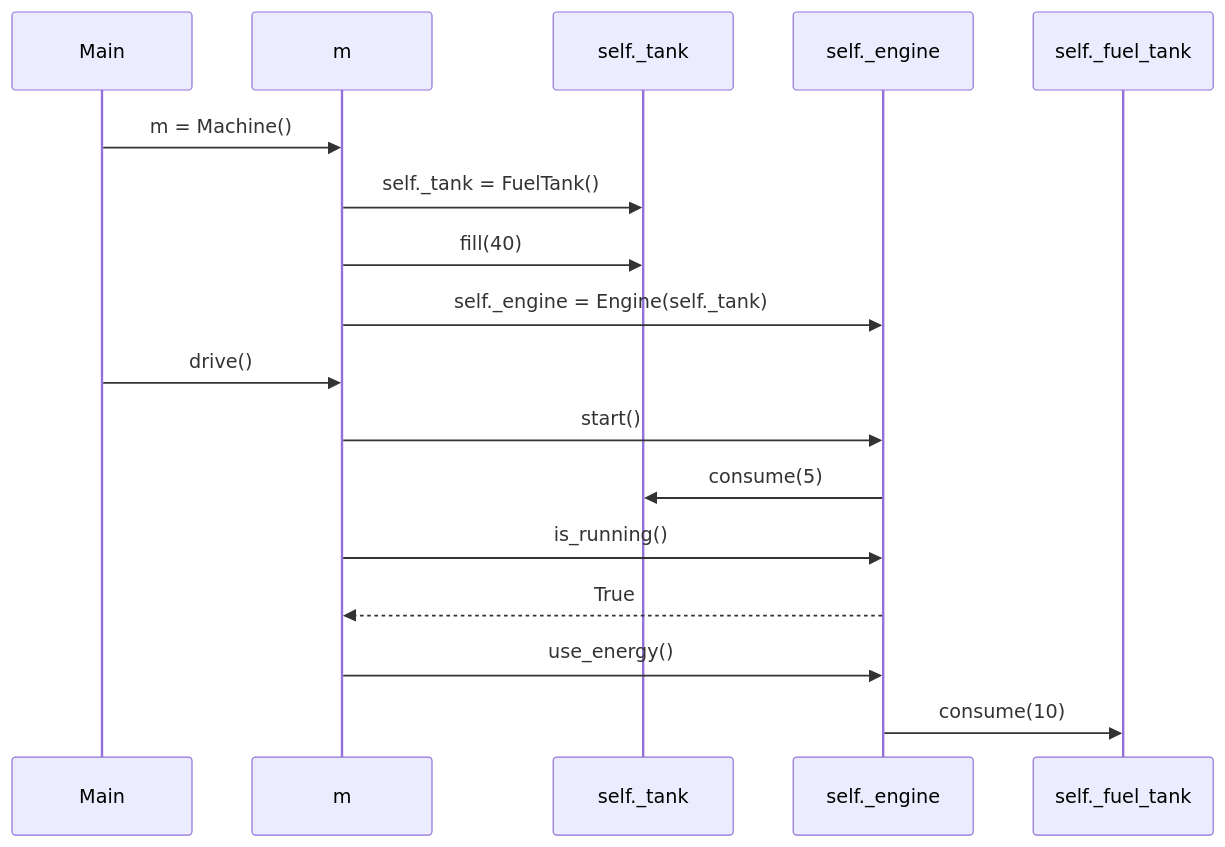
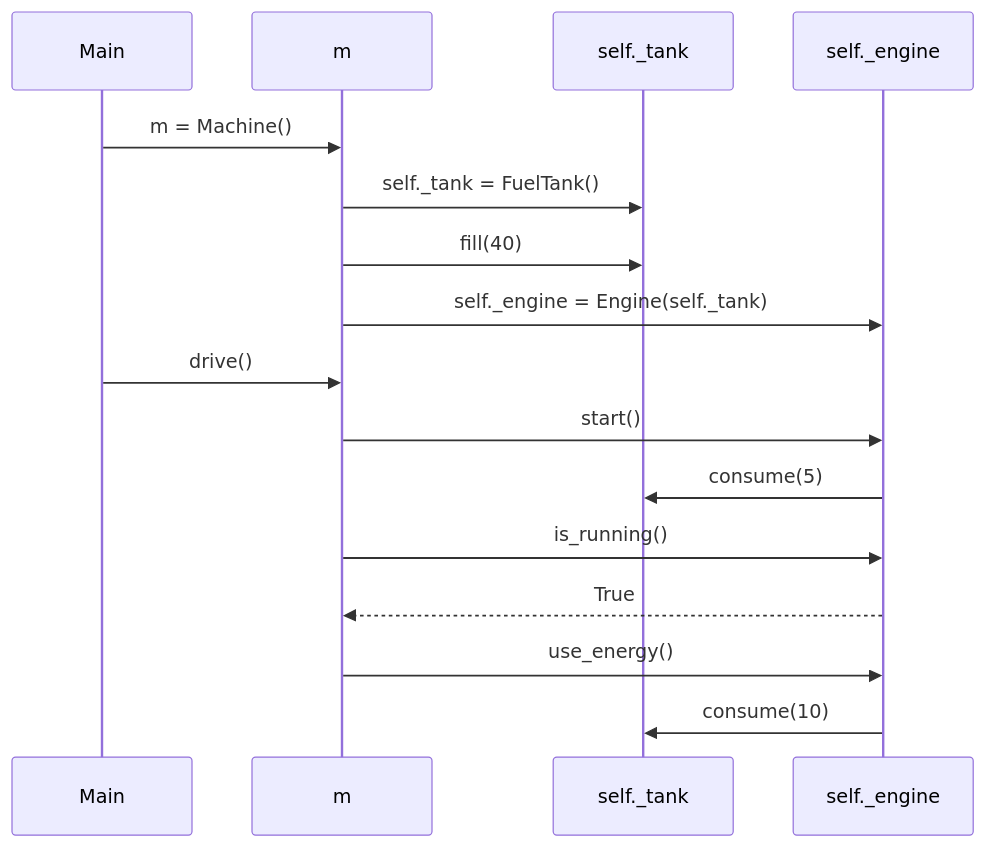
Before and after one commit to henriimmonen/ot-harjoitustyo: the diagram in laskarit/viikko3/machine.md, drawn with Mermaid.

Commit message:
selkeytys luokkiin

````diff
--- a/laskarit/viikko3/machine.md
+++ b/laskarit/viikko3/machine.md
@@ -1,14 +1,14 @@
 ```mermaid
 sequenceDiagram
 	Main ->> m: m = Machine()
 	m ->> self._tank: self._tank = FuelTank()
 	m ->> self._tank: fill(40)
 	m ->> self._engine: self._engine = Engine(self._tank)
 	Main ->> m: drive()
 	m ->> self._engine: start()
 	self._engine ->> self._tank: consume(5)
 	m ->> self._engine: is_running()
 	self._engine -->> m: True
 	m ->> self._engine: use_energy()
-	self._engine ->> self._fuel_tank: consume(10)  
+	self._engine ->> self._tank: consume(10)  
 ```
````
